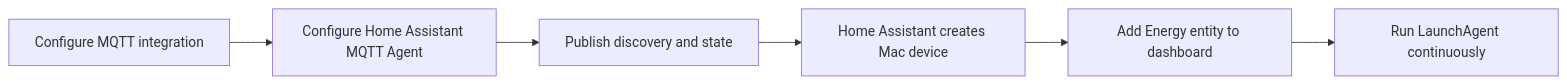
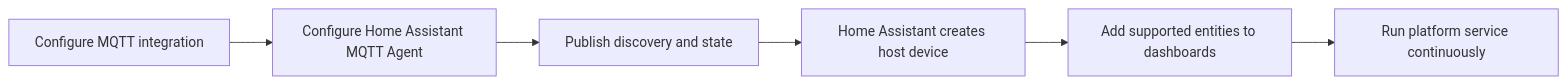
The first of 2 diagrams in docs/home-assistant-setup.md (marcomc/ha-mqtt-agent), drawn with Mermaid before and after one commit. The commit also changed other lines of this file and 30 other files, not shown here.

````diff
--- a/docs/home-assistant-setup.md
+++ b/docs/home-assistant-setup.md
@@ -27,10 +26,10 @@
 ```mermaid
 flowchart LR
   accTitle: Home Assistant setup flow
-  accDescr: Shows the setup path from MQTT integration to Energy dashboard.
+  accDescr: Shows the setup path from MQTT integration to discovered entities.
   mqtt["Configure MQTT integration"] --> config["Configure Home Assistant MQTT Agent"]
   config --> publish["Publish discovery and state"]
-  publish --> device["Home Assistant creates Mac device"]
-  device --> energy["Add Energy entity to dashboard"]
-  energy --> agent["Run LaunchAgent continuously"]
+  publish --> device["Home Assistant creates host device"]
+  device --> dashboard["Add supported entities to dashboards"]
+  dashboard --> agent["Run platform service continuously"]
 ```
````
